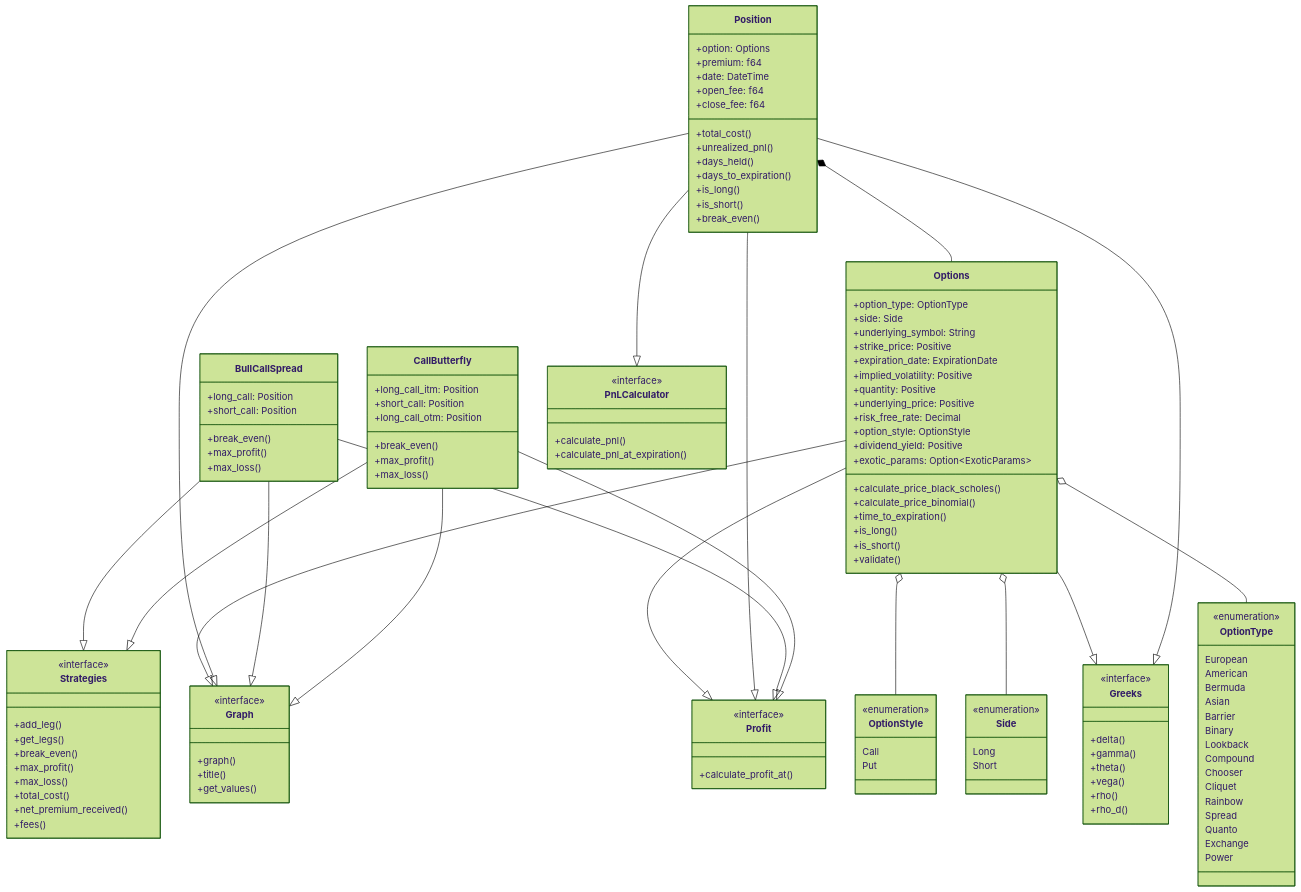
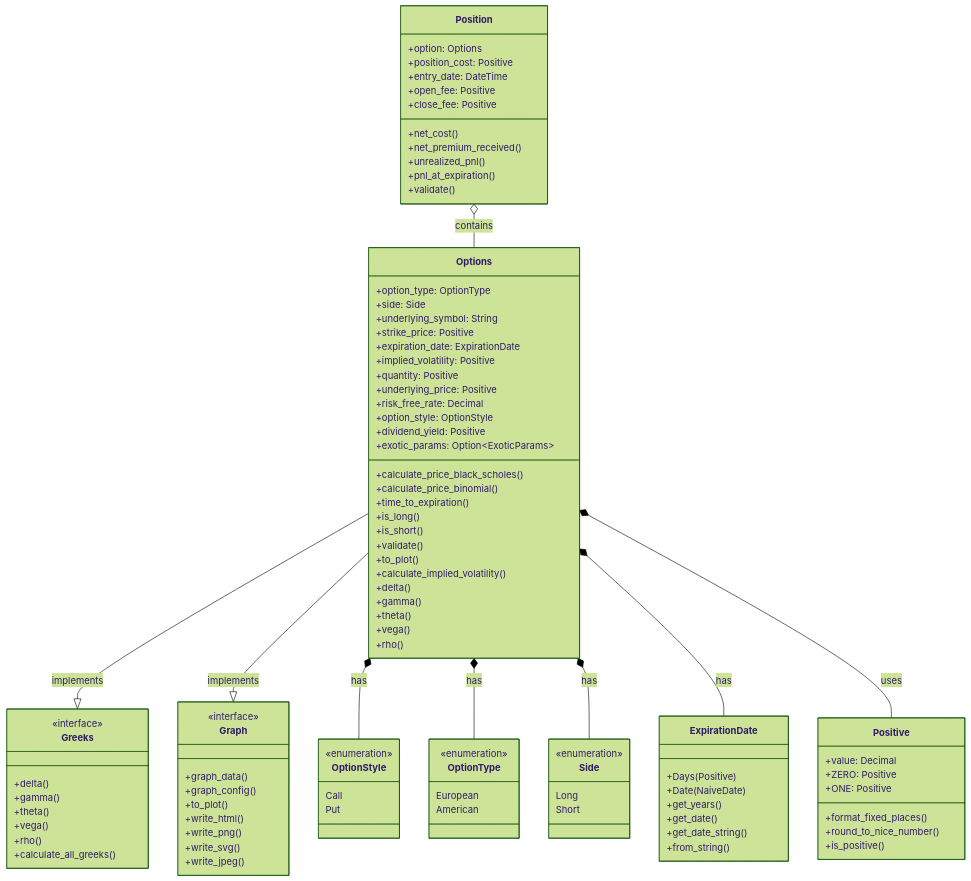
One commit to joaquinbejar/OptionStratLib changed the first of 3 diagrams in README.md. Above: the diagram before and after it, drawn with Mermaid (forest theme). The commit also changed other lines of this file and 1 other file, not shown here.

````diff
--- a/README.md
+++ b/README.md
@@ -167,144 +194,109 @@
- ```mermaid
- classDiagram
- class Options {
- +option_type: OptionType
- +side: Side
- +underlying_symbol: String
- +strike_price: Positive
- +expiration_date: ExpirationDate
- +implied_volatility: Positive
- +quantity: Positive
- +underlying_price: Positive
- +risk_free_rate: Decimal
- +option_style: OptionStyle
- +dividend_yield: Positive
- +exotic_params: Option~ExoticParams~
- +calculate_price_black_scholes()
- +calculate_price_binomial()
- +time_to_expiration()
- +is_long()
- +is_short()
- +validate()
- }
+```mermaid
+classDiagram
+class Options {
++option_type: OptionType
++side: Side
++underlying_symbol: String
++strike_price: Positive
++expiration_date: ExpirationDate
++implied_volatility: Positive
++quantity: Positive
++underlying_price: Positive
++risk_free_rate: Decimal
++option_style: OptionStyle
++dividend_yield: Positive
++exotic_params: Option~ExoticParams~
++calculate_price_black_scholes()
++calculate_price_binomial()
++time_to_expiration()
++is_long()
++is_short()
++validate()
++to_plot()
++calculate_implied_volatility()
++delta()
++gamma()
++theta()
++vega()
++rho()
+}
 
- class OptionType {
- <<enumeration>>
- European
- American
- Bermuda
- Asian
- Barrier
- Binary
- Lookback
- Compound
- Chooser
- Cliquet
- Rainbow
- Spread
- Quanto
- Exchange
- Power
- }
+class Position {
++option: Options
++position_cost: Positive
++entry_date: DateTime<Utc>
++open_fee: Positive
++close_fee: Positive
++net_cost()
++net_premium_received()
++unrealized_pnl()
++pnl_at_expiration()
++validate()
+}
 
- class Side {
- <<enumeration>>
- Long
- Short
- }
+class ExpirationDate {
++Days(Positive)
++Date(NaiveDate)
++get_years()
++get_date()
++get_date_string()
++from_string()
+}
 
- class OptionStyle {
- <<enumeration>>
- Call
- Put
- }
+class Positive {
++value: Decimal
++ZERO: Positive
++ONE: Positive
++format_fixed_places()
++round_to_nice_number()
++is_positive()
+}
 
- class Position {
- +option: Options
- +premium: f64
- +date: DateTime
- +open_fee: f64
- +close_fee: f64
- +total_cost()
- +unrealized_pnl()
- +days_held()
- +days_to_expiration()
- +is_long()
- +is_short()
- +break_even()
- }
+class OptionStyle {
+<<enumeration>>
+Call
+Put
+}
 
- class Strategies {
- <<interface>>
- +add_leg()
- +get_legs()
- +break_even()
- +max_profit()
- +max_loss()
- +total_cost()
- +net_premium_received()
- +fees()
- }
+class OptionType {
+<<enumeration>>
+European
+American
+}
 
- class BullCallSpread {
- +long_call: Position
- +short_call: Position
- +break_even()
- +max_profit()
- +max_loss()
- }
+class Side {
+<<enumeration>>
+Long
+Short
+}
 
- class CallButterfly {
- +long_call_itm: Position
- +short_call: Position
- +long_call_otm: Position
- +break_even()
- +max_profit()
- +max_loss()
- }
+class Graph {
+<<interface>>
++graph_data()
++graph_config()
++to_plot()
++write_html()
++write_png()
++write_svg()
++write_jpeg()
+}
 
- class Greeks {
- <<interface>>
- +delta()
- +gamma()
- +theta()
- +vega()
- +rho()
- +rho_d()
- }
+class Greeks {
+<<interface>>
++delta()
++gamma()
++theta()
++vega()
++rho()
++calculate_all_greeks()
+}
 
- class Profit {
- <<interface>>
- +calculate_profit_at()
- }
-
- class Graph {
- <<interface>>
- +graph()
- +title()
- +get_values()
- }
-
- class PnLCalculator {
- <<interface>>
- +calculate_pnl()
- +calculate_pnl_at_expiration()
- }
-
- Options --|> Greeks
- Options --|> Profit
- Options --|> Graph
- Position *-- Options
- Position --|> Greeks
- Position --|> Profit
- Position --|> Graph
- Position --|> PnLCalculator
- BullCallSpread --|> Strategies
- BullCallSpread --|> Profit
- BullCallSpread --|> Graph
- CallButterfly --|> Strategies
- CallButterfly --|> Profit
- CallButterfly --|> Graph
- Options o-- OptionType
- Options o-- Side
- Options o-- OptionStyle
- ```
+Options --|> Greeks : implements
+Options --|> Graph : implements
+Position o-- Options : contains
+Options *-- OptionStyle : has
+Options *-- OptionType : has
+Options *-- Side : has
+Options *-- ExpirationDate : has
+Options *-- Positive : uses
+```
````
